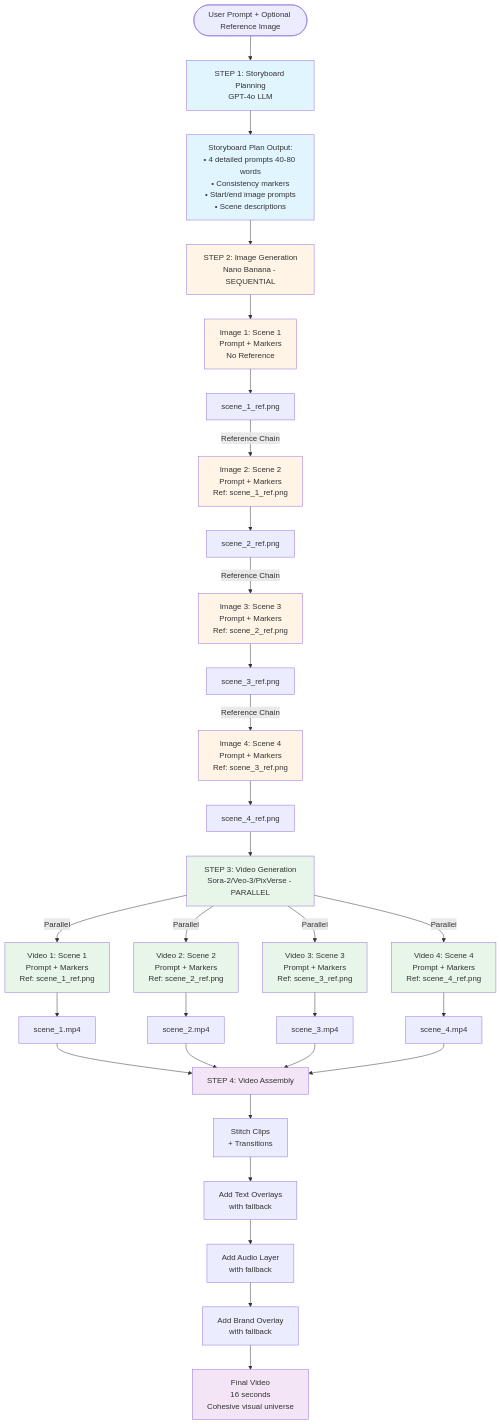
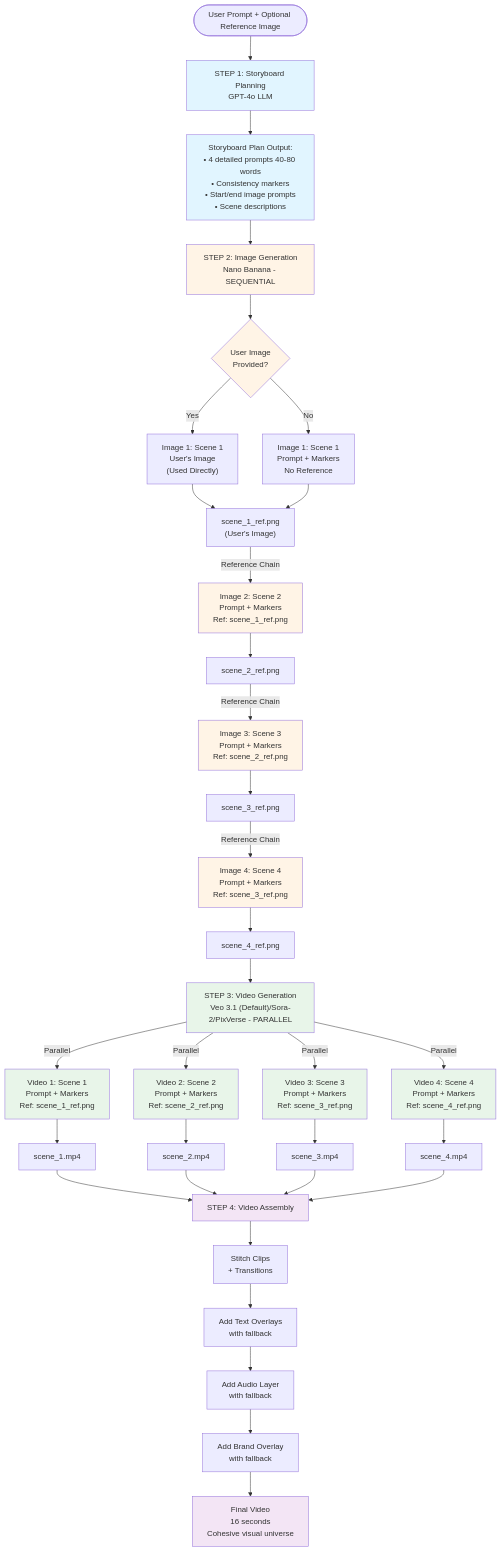
The first of 2 diagrams in llm-enhancer-atharva/workflow-overview.md (atharva-sardar02/ad-mint-ai), drawn with Mermaid before and after one commit. The commit also changed 158 other files, not shown here.

````diff
--- a/llm-enhancer-atharva/workflow-overview.md
+++ b/llm-enhancer-atharva/workflow-overview.md
@@ -7,58 +7,61 @@
 ```mermaid
 flowchart TD
     Start([User Prompt + Optional Reference Image]) --> StoryboardPlan["STEP 1: Storyboard Planning<br/>GPT-4o LLM"]
     
     StoryboardPlan --> StoryboardData["Storyboard Plan Output:<br/>• 4 detailed prompts 40-80 words<br/>• Consistency markers<br/>• Start/end image prompts<br/>• Scene descriptions"]
     
     StoryboardData --> ImageGen["STEP 2: Image Generation<br/>Nano Banana - SEQUENTIAL"]
     
-    ImageGen --> Image1["Image 1: Scene 1<br/>Prompt + Markers<br/>No Reference"]
-    Image1 --> Image1File["scene_1_ref.png"]
+    ImageGen --> Image1{User Image<br/>Provided?}
+    Image1 -->|Yes| Image1User["Image 1: Scene 1<br/>User's Image<br/>(Used Directly)"]
+    Image1 -->|No| Image1Gen["Image 1: Scene 1<br/>Prompt + Markers<br/>No Reference"]
+    Image1User --> Image1File["scene_1_ref.png<br/>(User's Image)"]
+    Image1Gen --> Image1File
     
     Image1File -->|Reference Chain| Image2["Image 2: Scene 2<br/>Prompt + Markers<br/>Ref: scene_1_ref.png"]
     Image2 --> Image2File["scene_2_ref.png"]
     
     Image2File -->|Reference Chain| Image3["Image 3: Scene 3<br/>Prompt + Markers<br/>Ref: scene_2_ref.png"]
     Image3 --> Image3File["scene_3_ref.png"]
     
     Image3File -->|Reference Chain| Image4["Image 4: Scene 4<br/>Prompt + Markers<br/>Ref: scene_3_ref.png"]
     Image4 --> Image4File["scene_4_ref.png"]
     
-    Image4File --> VideoGen["STEP 3: Video Generation<br/>Sora-2/Veo-3/PixVerse - PARALLEL"]
+    Image4File --> VideoGen["STEP 3: Video Generation<br/>Veo 3.1 (Default)/Sora-2/PixVerse - PARALLEL"]
     
     VideoGen -->|Parallel| Video1["Video 1: Scene 1<br/>Prompt + Markers<br/>Ref: scene_1_ref.png"]
     VideoGen -->|Parallel| Video2["Video 2: Scene 2<br/>Prompt + Markers<br/>Ref: scene_2_ref.png"]
     VideoGen -->|Parallel| Video3["Video 3: Scene 3<br/>Prompt + Markers<br/>Ref: scene_3_ref.png"]
     VideoGen -->|Parallel| Video4["Video 4: Scene 4<br/>Prompt + Markers<br/>Ref: scene_4_ref.png"]
     
     Video1 --> Video1File["scene_1.mp4"]
     Video2 --> Video2File["scene_2.mp4"]
     Video3 --> Video3File["scene_3.mp4"]
     Video4 --> Video4File["scene_4.mp4"]
     
     Video1File --> Assemble["STEP 4: Video Assembly"]
     Video2File --> Assemble
     Video3File --> Assemble
     Video4File --> Assemble
     
     Assemble --> Stitch["Stitch Clips<br/>+ Transitions"]
     Stitch --> Overlays["Add Text Overlays<br/>with fallback"]
     Overlays --> Audio["Add Audio Layer<br/>with fallback"]
     Audio --> Brand["Add Brand Overlay<br/>with fallback"]
     Brand --> Final["Final Video<br/>16 seconds<br/>Cohesive visual universe"]
     
     style StoryboardPlan fill:#e1f5ff
     style StoryboardData fill:#e1f5ff
     style ImageGen fill:#fff4e6
     style Image1 fill:#fff4e6
     style Image2 fill:#fff4e6
     style Image3 fill:#fff4e6
     style Image4 fill:#fff4e6
     style VideoGen fill:#e8f5e9
     style Video1 fill:#e8f5e9
     style Video2 fill:#e8f5e9
     style Video3 fill:#e8f5e9
     style Video4 fill:#e8f5e9
     style Assemble fill:#f3e5f5
     style Final fill:#f3e5f5
 ```
````
